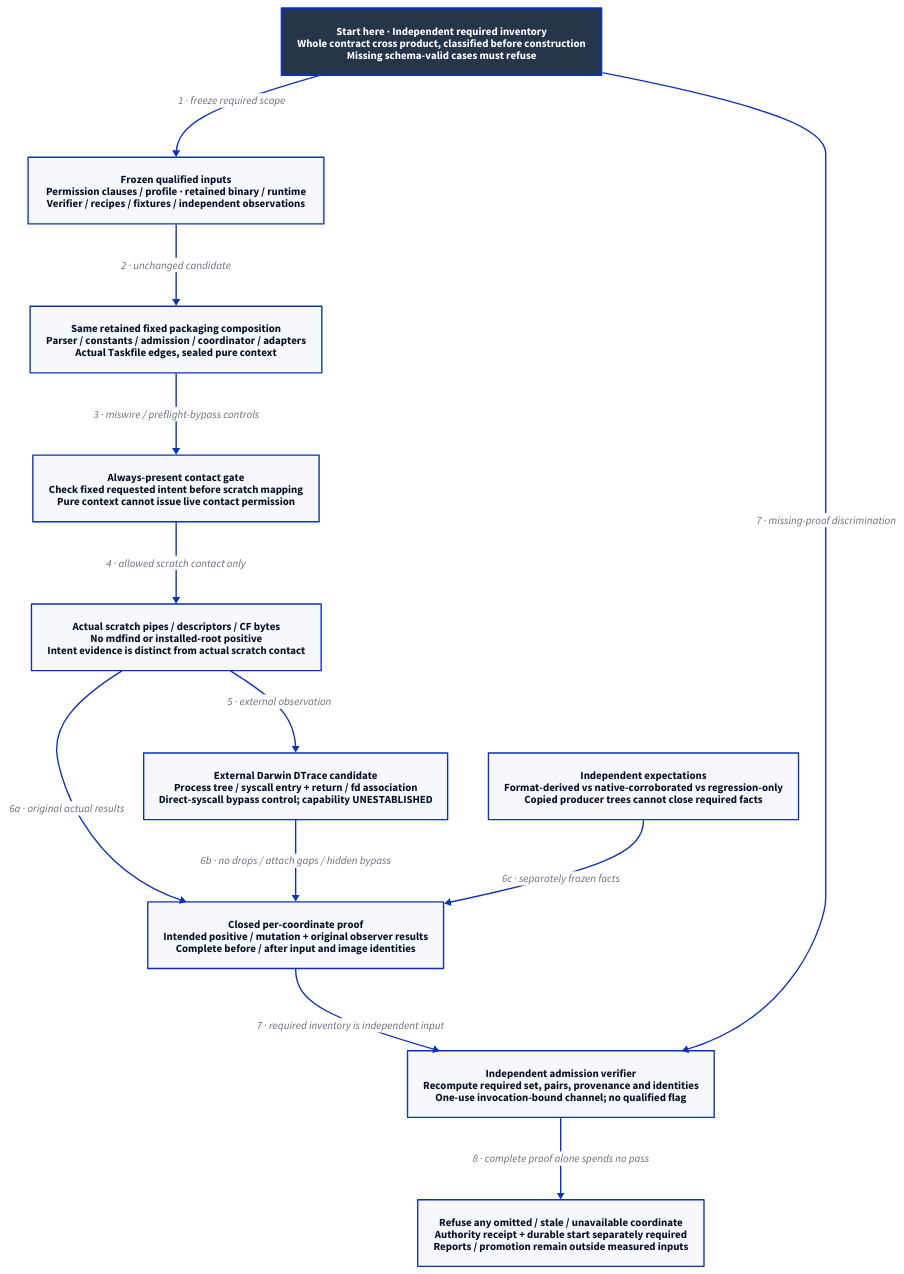
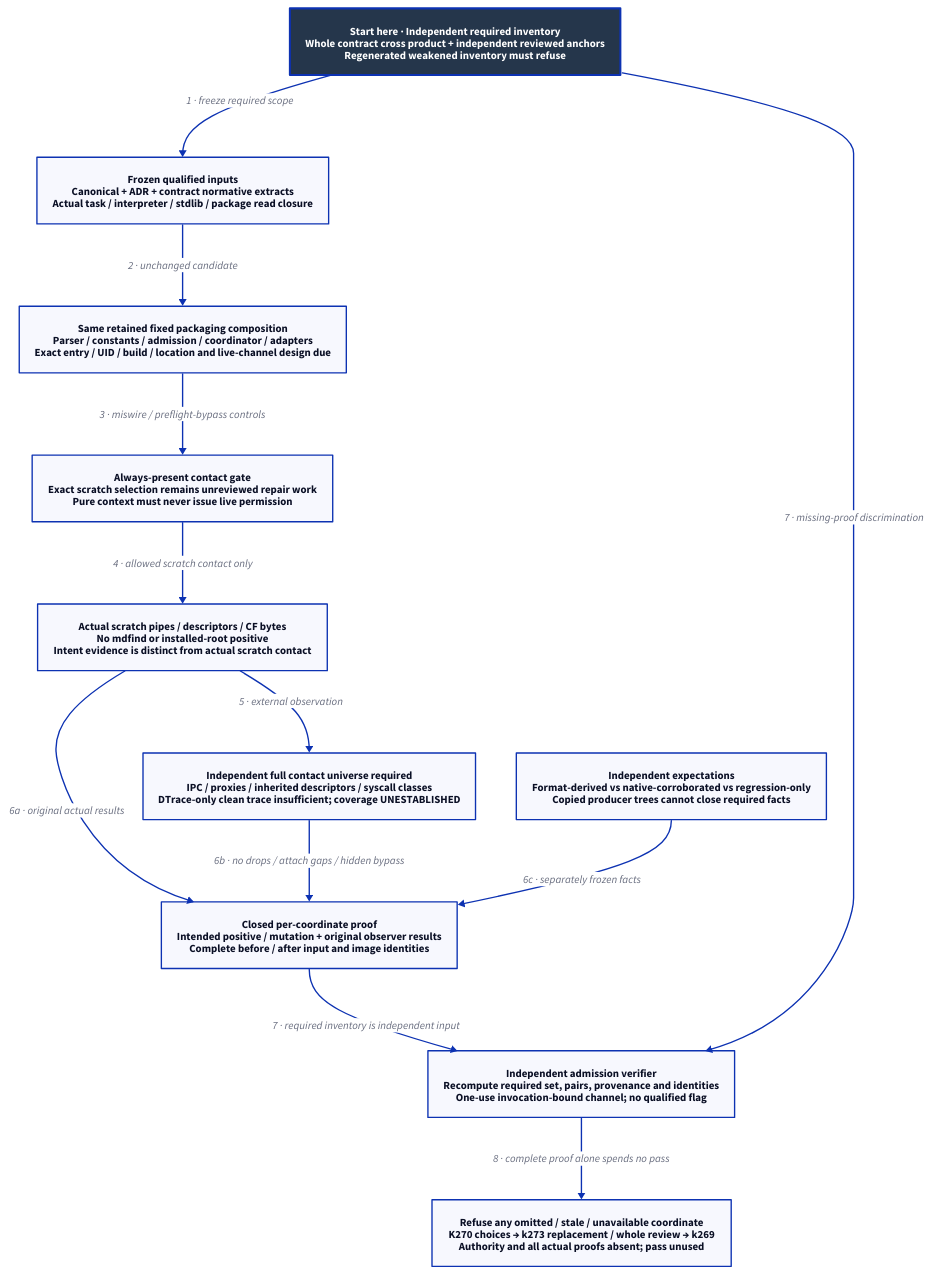
Before and after one commit to Linkuistics/Koine: the diagram in docs/design/architecture/native-reference-proof.d2, drawn with D2. The commit also changed 45 other files, not shown here.

Commit message:
Integrate admission review and sequence replacement design (reference-evidence-admission-k272)

```diff
--- a/docs/design/architecture/native-reference-proof.d2
+++ b/docs/design/architecture/native-reference-proof.d2
@@ -1,26 +1,26 @@
 # Component/flow view of unimplemented qualification, no native or target evidence.
 direction: down
 classes: {
   start: {style: {fill: "#25364B"; font-color: "#FFFFFF"; bold: true; stroke-width: 3}}
 }
-Start: "Start here · Independent required inventory\nWhole contract cross product, classified before construction\nMissing schema-valid cases must refuse" {class: start}
-Inputs: "Frozen qualified inputs\nPermission clauses / profile · retained binary / runtime\nVerifier / recipes / fixtures / independent observations"
-Rehearse: "Same retained fixed packaging composition\nParser / constants / admission / coordinator / adapters\nActual Taskfile edges, sealed pure context"
-Gate: "Always-present contact gate\nCheck fixed requested intent before scratch mapping\nPure context cannot issue live contact permission"
+Start: "Start here · Independent required inventory\nWhole contract cross product + independent reviewed anchors\nRegenerated weakened inventory must refuse" {class: start}
+Inputs: "Frozen qualified inputs\nCanonical + ADR + contract normative extracts\nActual task / interpreter / stdlib / package read closure"
+Rehearse: "Same retained fixed packaging composition\nParser / constants / admission / coordinator / adapters\nExact entry / UID / build / location and live-channel design due"
+Gate: "Always-present contact gate\nExact scratch selection remains unreviewed repair work\nPure context must never issue live permission"
 Scratch: "Actual scratch pipes / descriptors / CF bytes\nNo mdfind or installed-root positive\nIntent evidence is distinct from actual scratch contact"
-Observer: "External Darwin DTrace candidate\nProcess tree / syscall entry + return / fd association\nDirect-syscall bypass control; capability UNESTABLISHED"
+Observer: "Independent full contact universe required\nIPC / proxies / inherited descriptors / syscall classes\nDTrace-only clean trace insufficient; coverage UNESTABLISHED"
 Oracle: "Independent expectations\nFormat-derived vs native-corroborated vs regression-only\nCopied producer trees cannot close required facts"
 Proof: "Closed per-coordinate proof\nIntended positive / mutation + original observer results\nComplete before / after input and image identities"
 Verifier: "Independent admission verifier\nRecompute required set, pairs, provenance and identities\nOne-use invocation-bound channel; no qualified flag"
-Boundary: "Refuse any omitted / stale / unavailable coordinate\nAuthority receipt + durable start separately required\nReports / promotion remain outside measured inputs"
+Boundary: "Refuse any omitted / stale / unavailable coordinate\nK270 choices → k273 replacement / whole review → k269\nAuthority and all actual proofs absent; pass unused"
 Start -> Inputs: "1 · freeze required scope"
 Inputs -> Rehearse: "2 · unchanged candidate"
 Rehearse -> Gate: "3 · miswire / preflight-bypass controls"
 Gate -> Scratch: "4 · allowed scratch contact only"
 Scratch -> Observer: "5 · external observation"
 Scratch -> Proof: "6a · original actual results"
 Observer -> Proof: "6b · no drops / attach gaps / hidden bypass"
 Oracle -> Proof: "6c · separately frozen facts"
 Proof -> Verifier: "7 · required inventory is independent input"
 Start -> Verifier: "7 · missing-proof discrimination"
 Verifier -> Boundary: "8 · complete proof alone spends no pass"
```
